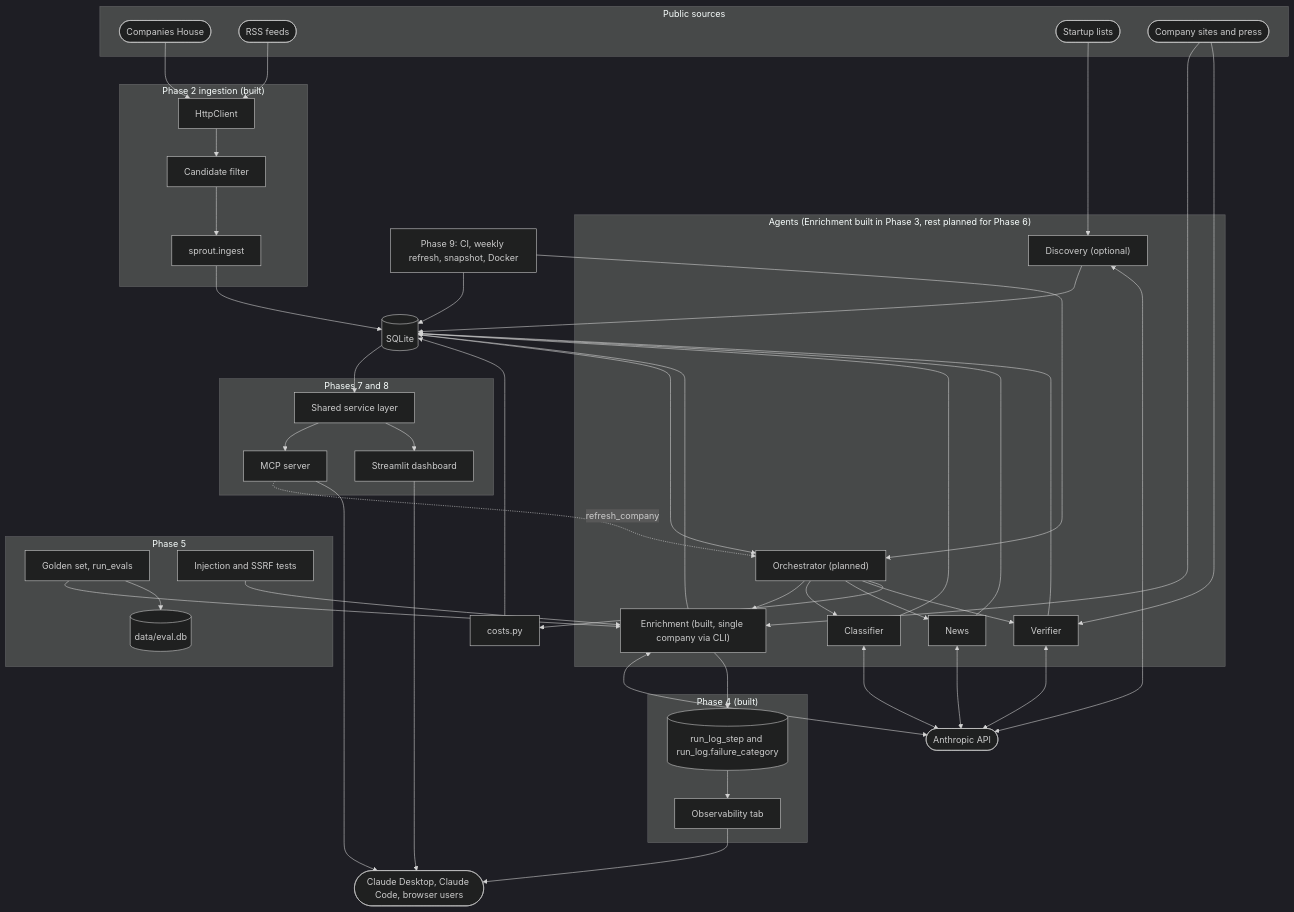
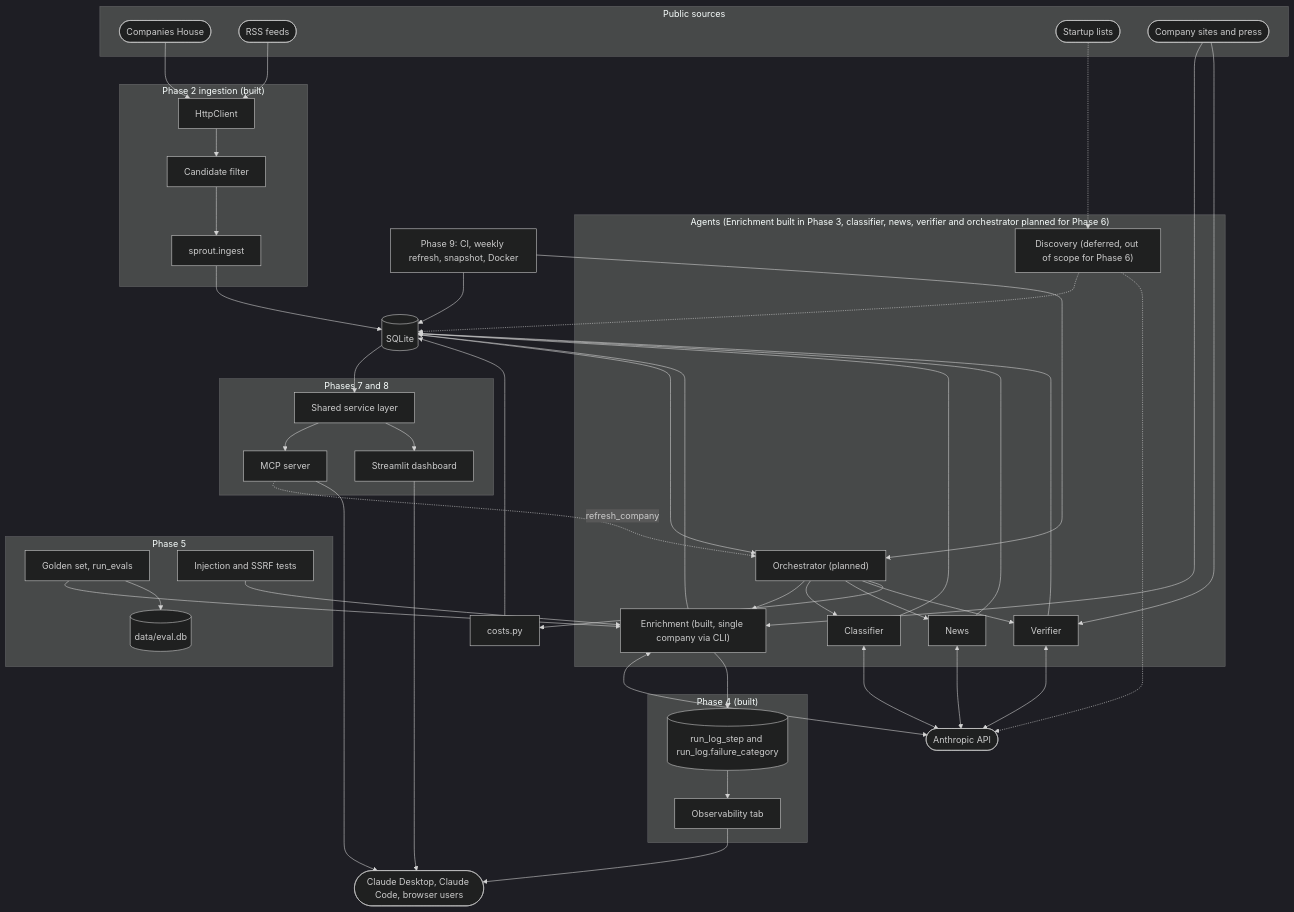
The second of 2 diagrams in docs/architecture/1. overview.md (Farzaanee/sprout), drawn with Mermaid (dark theme) before and after one commit. The commit also changed other lines of this file and 14 other files, not shown here.

Commit message:
update architecture docs for phase 6 - Multi-agent pipeline at scale

````diff
--- a/docs/architecture/1. overview.md
+++ b/docs/architecture/1. overview.md
@@ -88,80 +93,80 @@
 ```mermaid
 flowchart TB
     subgraph SOURCES["Public sources"]
         CH(["Companies House"])
         RSSF(["RSS feeds"])
         LISTS(["Startup lists"])
         SITES(["Company sites and press"])
     end
     subgraph ING["Phase 2 ingestion (built)"]
         HTTPL["HttpClient"]
         CAND["Candidate filter"]
         INGEST["sprout.ingest"]
     end
     SQL[("SQLite")]
-    subgraph PIPE["Agents (Enrichment built in Phase 3, rest planned for Phase 6)"]
+    subgraph PIPE["Agents (Enrichment built in Phase 3, classifier, news, verifier and orchestrator planned for Phase 6)"]
         ORCH["Orchestrator (planned)"]
         ENR["Enrichment (built, single company via CLI)"]
         CLS["Classifier"]
         NEWS["News"]
         VER["Verifier"]
-        DISC["Discovery (optional)"]
+        DISC["Discovery (deferred, out of scope for Phase 6)"]
     end
     LLM(["Anthropic API"])
     COST["costs.py"]
     subgraph SERVE["Phases 7 and 8"]
         SVC["Shared service layer"]
         MCP["MCP server"]
         DASH["Streamlit dashboard"]
     end
     subgraph QA["Phase 5"]
         EVALS["Golden set, run_evals"]
         EDB[("data/eval.db")]
         GUARDS["Injection and SSRF tests"]
     end
     subgraph OBSG["Phase 4 (built)"]
         STEPS[("run_log_step and run_log.failure_category")]
         OBSUI["Observability tab"]
     end
     CLIENTS(["Claude Desktop, Claude Code, browser users"])
     AUTO["Phase 9: CI, weekly refresh, snapshot, Docker"]
     CH --> HTTPL
     RSSF --> HTTPL
     HTTPL --> CAND
     CAND --> INGEST
     INGEST --> SQL
     SQL --> ORCH
     ORCH --> ENR
     ORCH --> CLS
     ORCH --> NEWS
     ORCH --> VER
-    DISC --> SQL
-    LISTS --> DISC
+    DISC -.-> SQL
+    LISTS -.-> DISC
     SITES --> ENR
     SITES --> VER
     ENR <--> LLM
     CLS <--> LLM
     NEWS <--> LLM
     VER <--> LLM
-    DISC <--> LLM
+    DISC -.-> LLM
     ENR --> SQL
     CLS --> SQL
     NEWS --> SQL
     VER --> SQL
     ORCH --> COST
     COST --> SQL
     SQL --> SVC
     SVC --> MCP
     SVC --> DASH
     MCP -. "refresh_company" .-> ORCH
     MCP --> CLIENTS
     DASH --> CLIENTS
     ENR --> STEPS
     STEPS --> OBSUI
     OBSUI --> CLIENTS
     EVALS --> ENR
     EVALS --> EDB
     GUARDS --> ENR
     AUTO --> ORCH
     AUTO --> SQL
 ```
````
